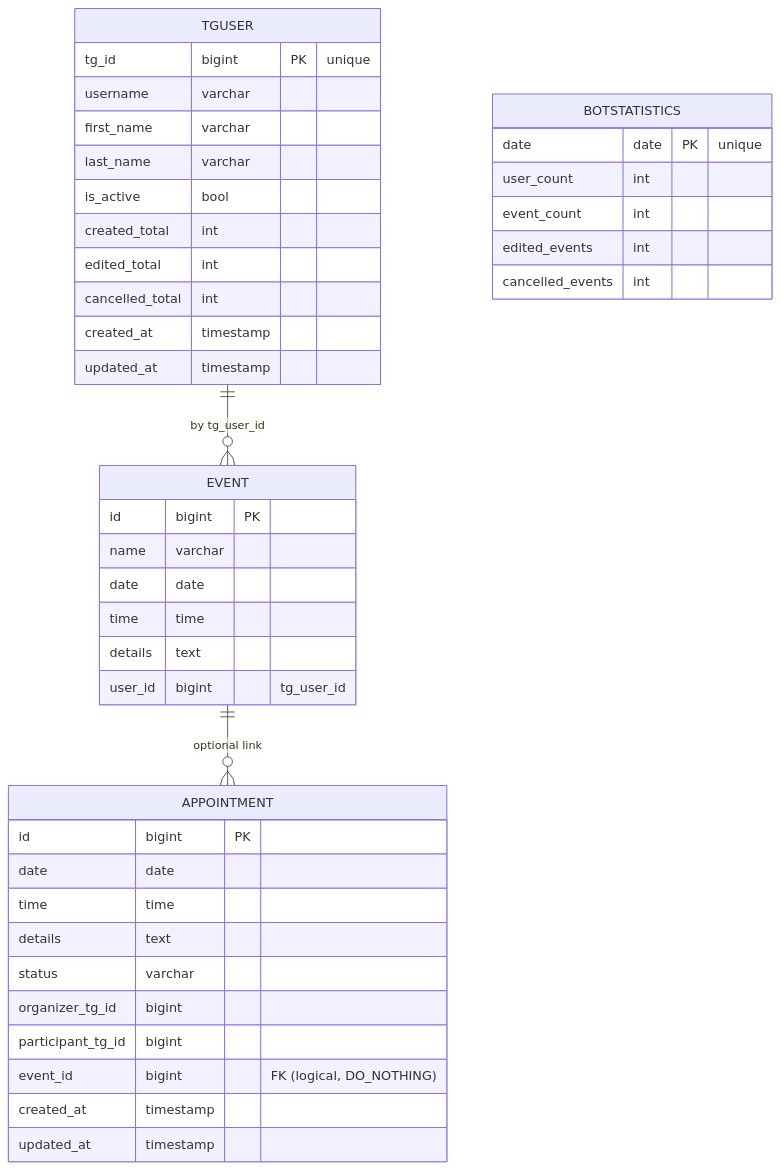
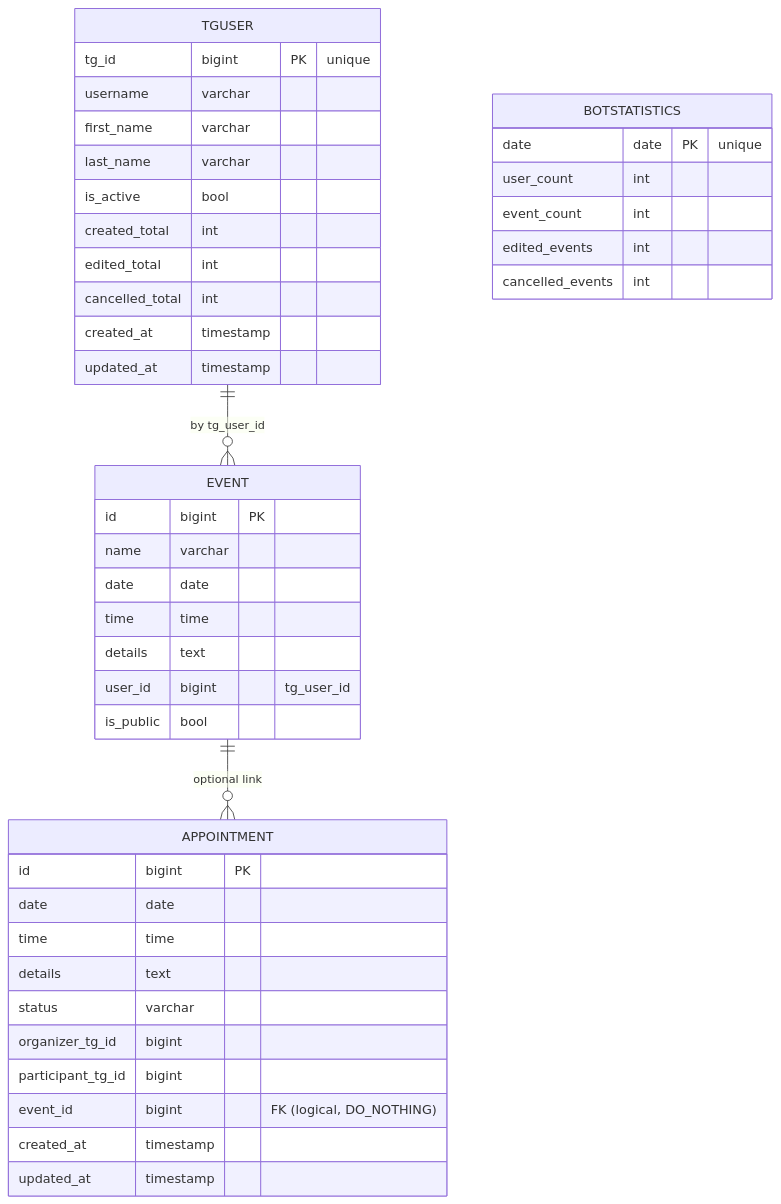
Before and after one commit to kabshanov/Python_TelegramBot_Familiya: the diagram in README_DJANGO.md, drawn with Mermaid. The commit also changed other lines of this file and 14 other files, not shown here.

````diff
--- a/README_DJANGO.md
+++ b/README_DJANGO.md
@@ -590,44 +471,45 @@
 ```mermaid
 erDiagram
     TGUSER ||--o{ EVENT : "by tg_user_id"
     EVENT  ||--o{ APPOINTMENT : "optional link"
     TGUSER {
         tg_id bigint PK "unique"
         username varchar
         first_name varchar
         last_name varchar
         is_active bool
         created_total int
         edited_total int
         cancelled_total int
         created_at timestamp
         updated_at timestamp
     }
     EVENT {
         id bigint PK
         name varchar
         date date
         time time
         details text
         user_id bigint "tg_user_id"
+        is_public bool
     }
     APPOINTMENT {
         id bigint PK
         date date
         time time
         details text
         status varchar
         organizer_tg_id bigint
         participant_tg_id bigint
         event_id bigint "FK (logical, DO_NOTHING)"
         created_at timestamp
         updated_at timestamp
     }
     BOTSTATISTICS {
         date date PK "unique"
         user_count int
         event_count int
         edited_events int
         cancelled_events int
     }
 ```
````
